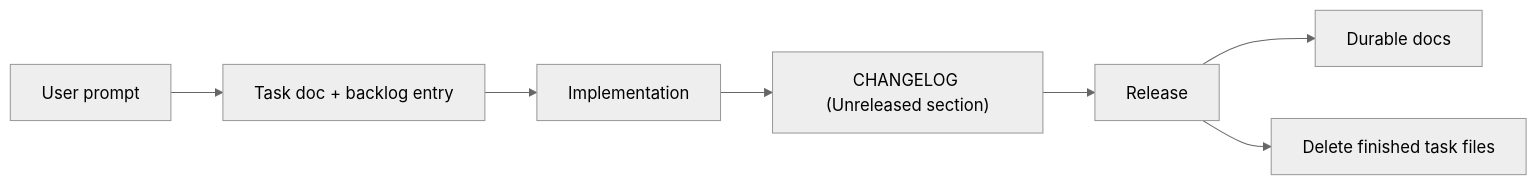
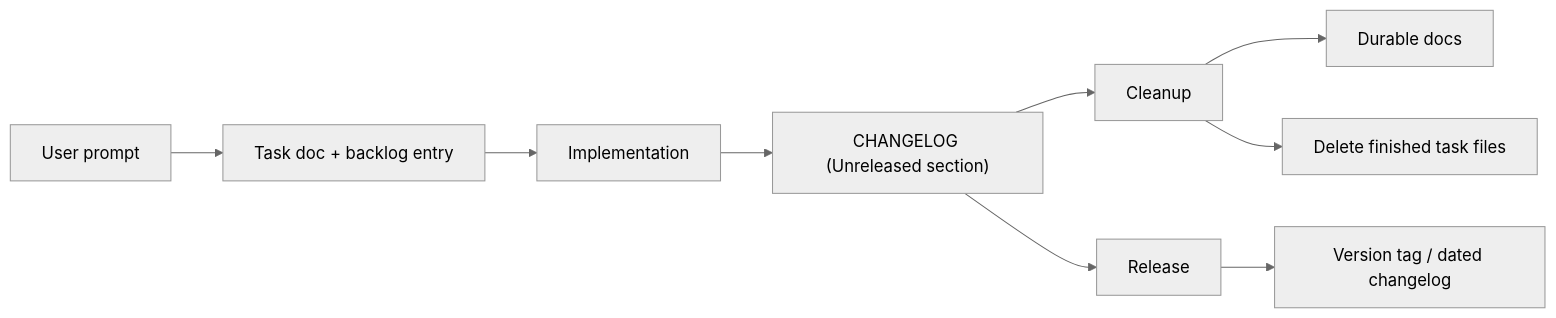
Before and after one commit to ruslanbes/md-harness: the first of 5 diagrams in README.md, drawn with Mermaid (neutral theme). The commit also changed other lines of this file and 17 other files, not shown here.

````diff
--- a/README.md
+++ b/README.md
@@ -110,9 +111,11 @@
 ```mermaid
 flowchart LR
   P[User prompt] --> T[Task doc + backlog entry]
   T --> I[Implementation]
   I --> C["CHANGELOG (Unreleased section)"]
+  C --> K[Cleanup]
+  K --> D[Durable docs]
+  K --> X[Delete finished task files]
   C --> R[Release]
-  R --> D[Durable docs]
-  R --> X[Delete finished task files]
+  R --> V["Version tag / dated changelog"]
 ```
````
